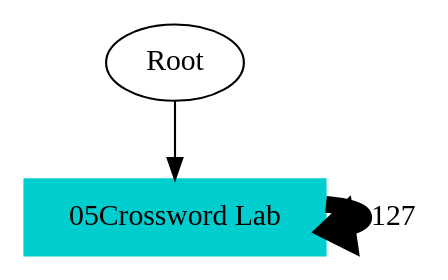
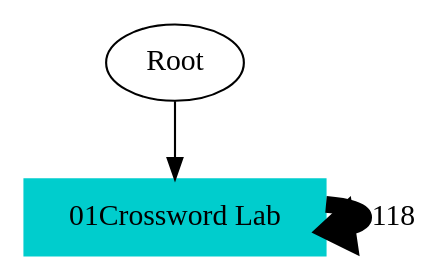
The diagram in TS2TS.gv (mypstom/robotide), drawn with Graphviz before and after one commit. The commit also changed 22 other files, not shown here.

```diff
--- a/TS2TS.gv
+++ b/TS2TS.gv
@@ -1,7 +1,7 @@
 // TS <-> TS
 digraph {
 	Root
-	"05Crossword Lab" [color=cyan3 shape=box style=filled]
-		Root -> "05Crossword Lab"
-		"05Crossword Lab" -> "05Crossword Lab" [label=127 penwidth=7.98868468677]
+	"01Crossword Lab" [color=cyan3 shape=box style=filled]
+		Root -> "01Crossword Lab"
+		"01Crossword Lab" -> "01Crossword Lab" [label=118 penwidth=7.88264304936]
 }
```
